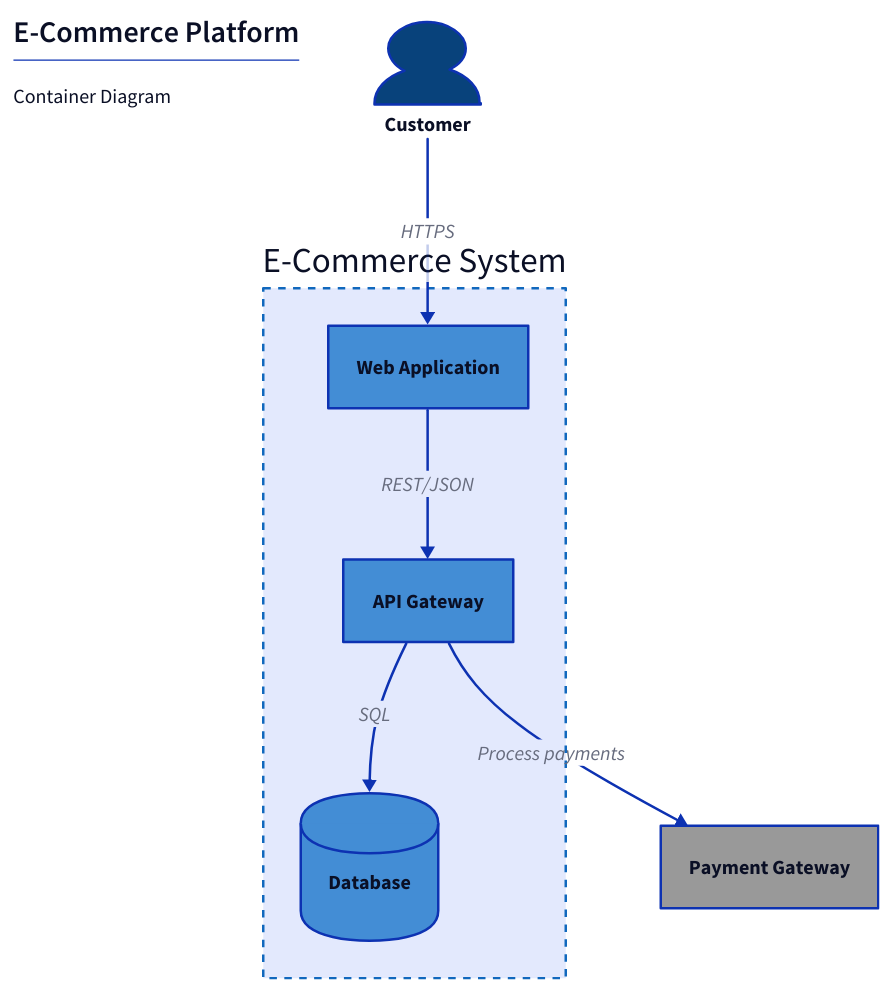
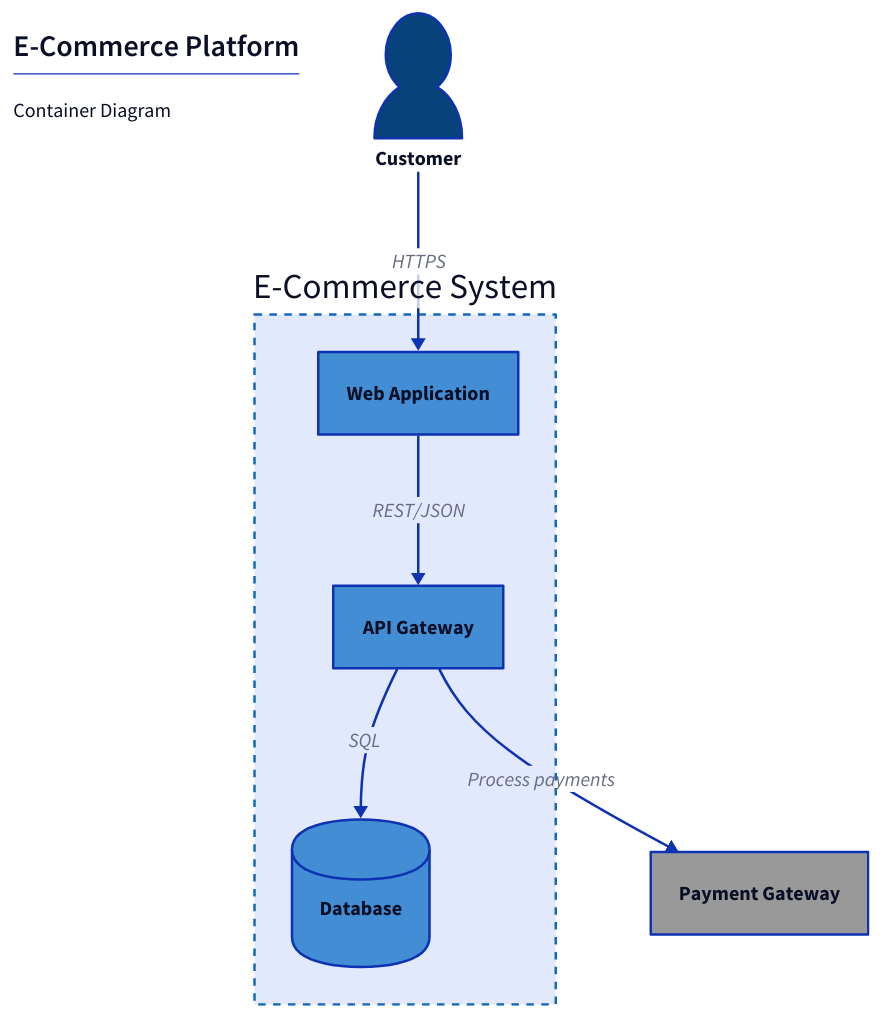
Before and after one commit to invowk/invowk: the second of 10 diagrams in .agents/skills/d2-diagrams/SKILL.md, drawn with D2. The commit also changed other lines of this file and 5 other files, not shown here. The source asks for the TALA layout; these drawings use dagre instead.

First line of the commit message:
docs: update C4 diagrams and D2 skill with person shape guidelines

````diff
--- a/.agents/skills/d2-diagrams/SKILL.md
+++ b/.agents/skills/d2-diagrams/SKILL.md
@@ -73,46 +73,48 @@
 ```d2
 vars: {
   d2-config: {
     layout-engine: tala
   }
 }
 
 title: |md
   ## E-Commerce Platform
   Container Diagram
 |
 
 # External actors
 customer: Customer {
   shape: person
+  width: 70
+  height: 100
   style.fill: "#08427B"
 }
 
 # System boundary
 ecommerce: E-Commerce System {
   style.stroke: "#1168BD"
   style.stroke-dash: 3
 
   web: Web Application {
     style.fill: "#438DD5"
   }
   api: API Gateway {
     style.fill: "#438DD5"
   }
   db: Database {
     shape: cylinder
     style.fill: "#438DD5"
   }
 
   web -> api: REST/JSON
   api -> db: SQL
 }
 
 # External systems
 payment: Payment Gateway {
   style.fill: "#999999"
 }
 
 customer -> ecommerce.web: HTTPS
 ecommerce.api -> payment: Process payments
 ```
````
